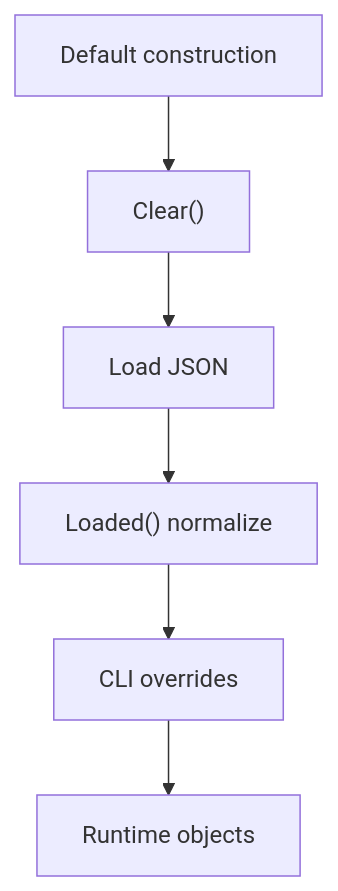
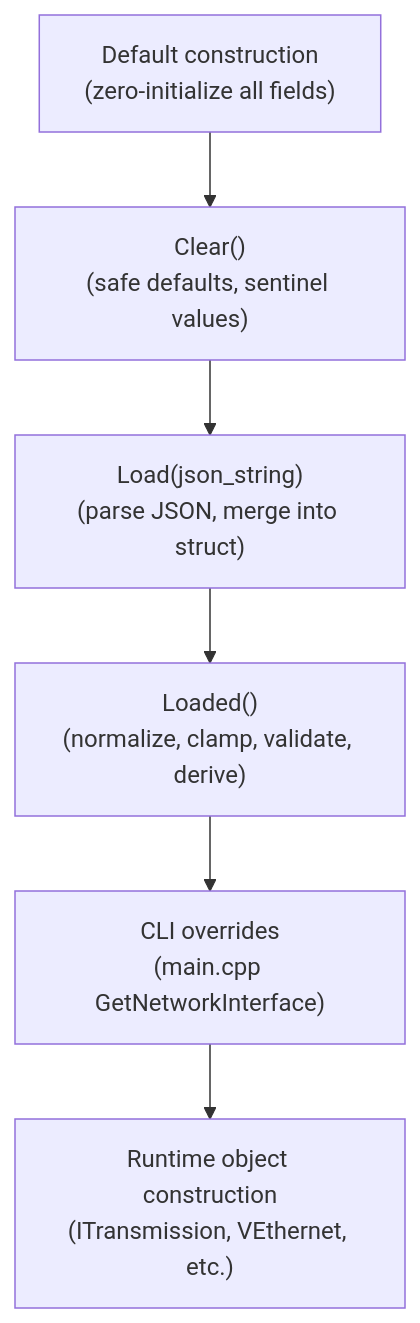
One commit to HyacinthHaru/openppp2 changed the first of 7 diagrams in docs/CONFIGURATION.md. Above: the diagram before and after it, drawn with Mermaid. The commit also changed other lines of this file and 93 other files, not shown here.

````diff
--- a/docs/CONFIGURATION.md
+++ b/docs/CONFIGURATION.md
@@ -36,8 +40,8 @@
 ```mermaid
 flowchart TD
-    A[Default construction] --> B["Clear()"]
-    B --> C[Load JSON]
-    C --> D["Loaded() normalize"]
-    D --> E[CLI overrides]
-    E --> F[Runtime objects]
+    A["Default construction\n(zero-initialize all fields)"] --> B["Clear()\n(safe defaults, sentinel values)"]
+    B --> C["Load(json_string)\n(parse JSON, merge into struct)"]
+    C --> D["Loaded()\n(normalize, clamp, validate, derive)"]
+    D --> E["CLI overrides\n(main.cpp GetNetworkInterface)"]
+    E --> F["Runtime object construction\n(ITransmission, VEthernet, etc.)"]
 ```
````
